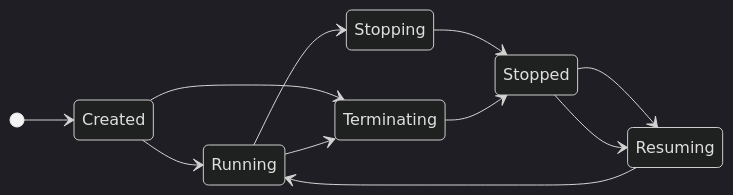
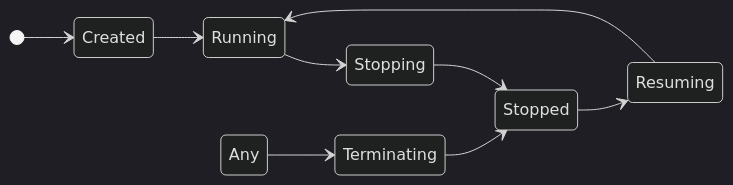
One commit to glassflow/glassflow-etl-k8s-operator changed the second of 2 diagrams in README.md. Above: the diagram before and after it, drawn with Mermaid (dark theme).

Commit message:
refactor: state diagram

````diff
--- a/README.md
+++ b/README.md
@@ -238,14 +238,12 @@
 ```mermaid
 stateDiagram
   direction LR
   [*] --> Created
   Created --> Running
-  Created --> Terminating
   Running --> Stopping
-  Running --> Terminating
   Stopping --> Stopped
   Stopped --> Resuming
-  Stopped --> Resuming
+  Terminating --> Stopped
   Resuming --> Running
-  Terminating --> Stopped
+  Any --> Terminating
 ```
````
